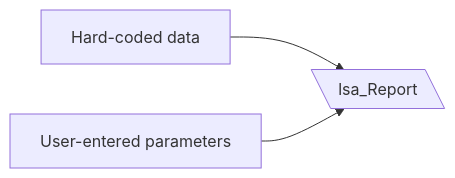
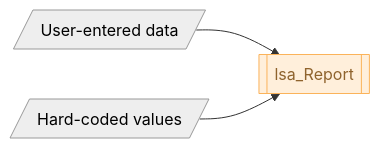
Before and after one commit to MollyMcEvilley/Matilda: the second of 7 diagrams in docs/03 - Core Concepts and Data Universe.md, drawn with Mermaid. The commit also changed other lines of this file and 4 other files, not shown here.

Commit message:
diagrams

````diff
--- a/docs/03 - Core Concepts and Data Universe.md
+++ b/docs/03 - Core Concepts and Data Universe.md
@@ -56,9 +57,15 @@
 ``` mermaid
 flowchart LR 
-	A@{ shape: lean-l, label: "lsa_Report"}
-	B@{ label: "Hard-coded data"}
-	C@{ label: "User-entered parameters"}
-	
-	B & C --> A
+
+	B[/User-entered data/] & C[/Hard-coded values/] --> A[[lsa_Report]]
+
+    B:::Man
+    C:::Man
+    A:::LSA
+
+    classDef Temp stroke:#FF5978, fill:#FFDFE5, color:#8E2236
+	classDef LSA stroke:#FBB35A, fill:#FFEFDB, color:#8F632D 
+	classDef HMIS stroke:#374D7C, fill:#E2EBFF, color:#374D7C
+    classDef Man stroke:#999999, fill:#EEEEEE, color:#000000
 
 ```
````
